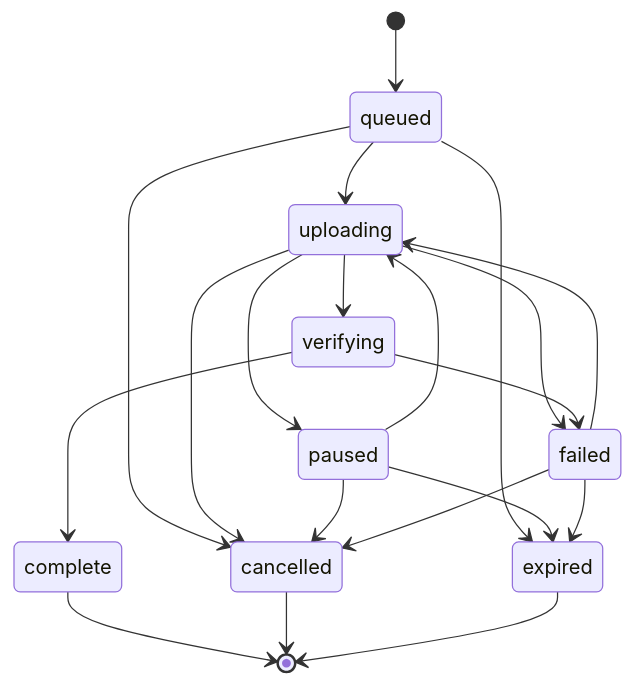
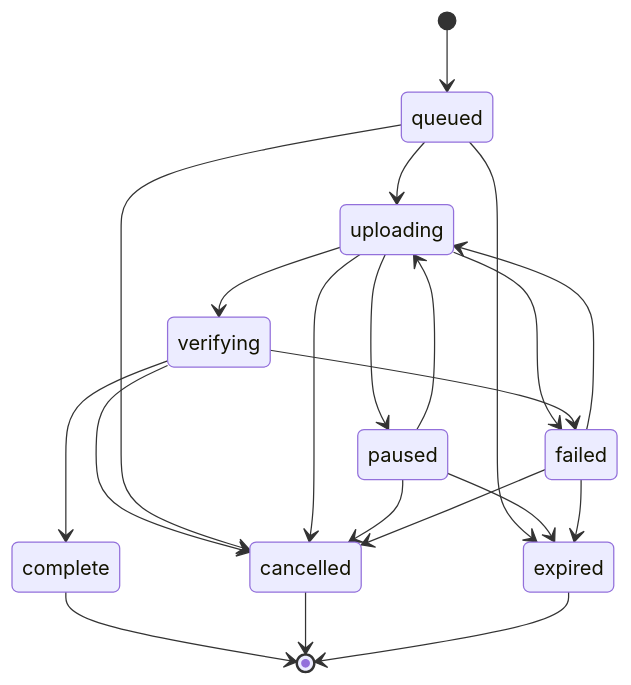
One commit to 2379278408/fast-file-upload changed the second of 2 diagrams in .monkeycode/specs/2026-07-19-resumable-unified-transfer/design.md. Above: the diagram before and after it, drawn with Mermaid. The commit also changed other lines of this file and 7 other files, not shown here.

````diff
--- a/.monkeycode/specs/2026-07-19-resumable-unified-transfer/design.md
+++ b/.monkeycode/specs/2026-07-19-resumable-unified-transfer/design.md
@@ -45,22 +45,23 @@
 ```mermaid
 stateDiagram-v2
     [*] --> queued
     queued --> uploading
     uploading --> paused
     paused --> uploading
     uploading --> failed
     failed --> uploading
     uploading --> verifying
     verifying --> complete
     verifying --> failed
+    verifying --> cancelled
     queued --> cancelled
     uploading --> cancelled
     paused --> cancelled
     failed --> cancelled
     queued --> expired
     paused --> expired
     failed --> expired
     complete --> [*]
     cancelled --> [*]
     expired --> [*]
 ```
````
